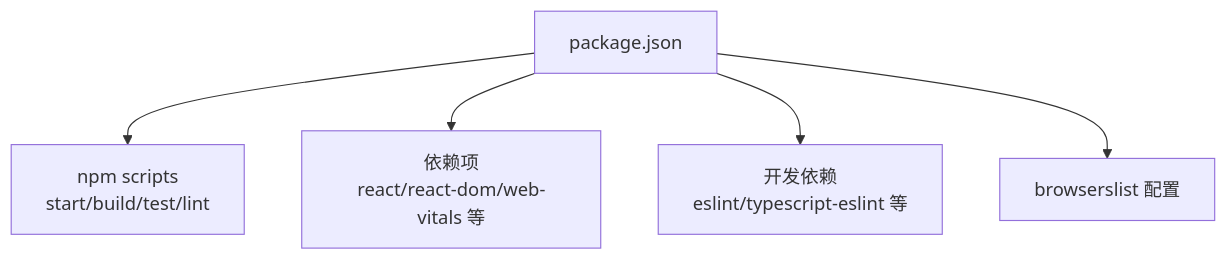
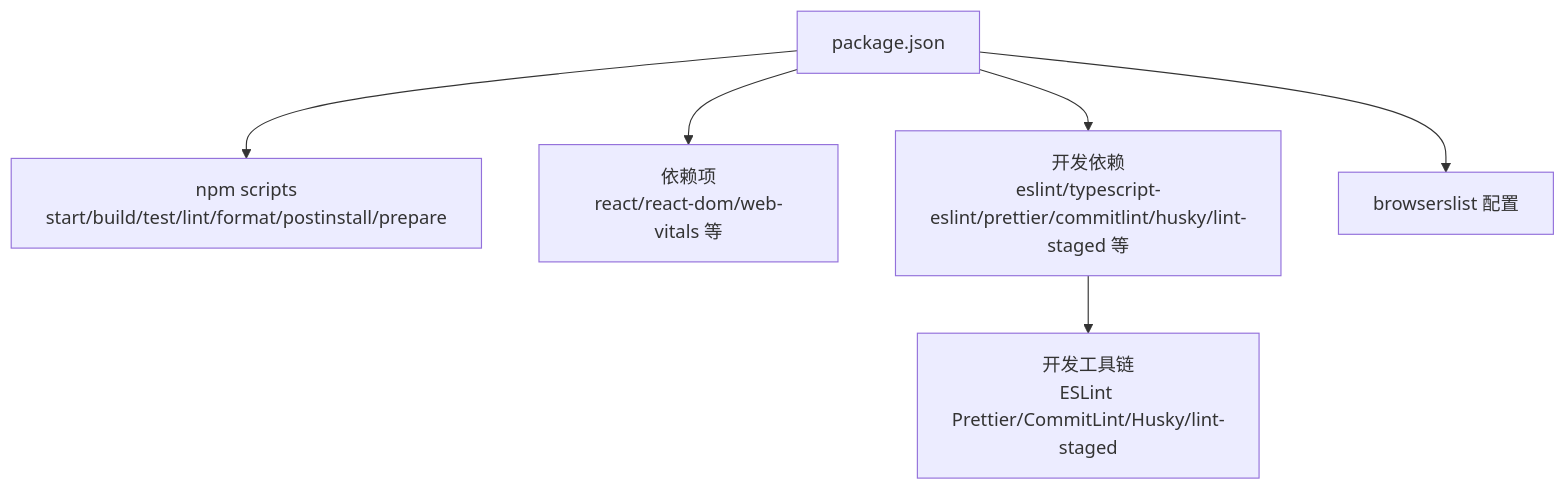
Diagram 11 of 11 in .qoder/repowiki/zh/content/开发工具链/开发工具链.md (kkxxll/reactNext), drawn with Mermaid before and after one commit. The commit also changed other lines of this file and 7 other files, not shown here.

First line of the commit message:
feat(toolchain): 集成 Prettier、CommitLint、Husky 和 lint-staged

````diff
--- a/.qoder/repowiki/zh/content/开发工具链/开发工具链.md
+++ b/.qoder/repowiki/zh/content/开发工具链/开发工具链.md
@@ -254,7 +412,8 @@
 ```mermaid
 graph TB
-pkg["package.json"] --> scripts["npm scripts<br/>start/build/test/lint"]
+pkg["package.json"] --> scripts["npm scripts<br/>start/build/test/lint/format/postinstall/prepare"]
 pkg --> deps["依赖项<br/>react/react-dom/web-vitals 等"]
-pkg --> devdeps["开发依赖<br/>eslint/typescript-eslint 等"]
+pkg --> devdeps["开发依赖<br/>eslint/typescript-eslint/prettier/commitlint/husky/lint-staged 等"]
 pkg --> browsers["browserslist 配置"]
+devdeps --> toolchain["开发工具链<br/>ESLint Prettier/CommitLint/Husky/lint-staged"]
 ```
````
